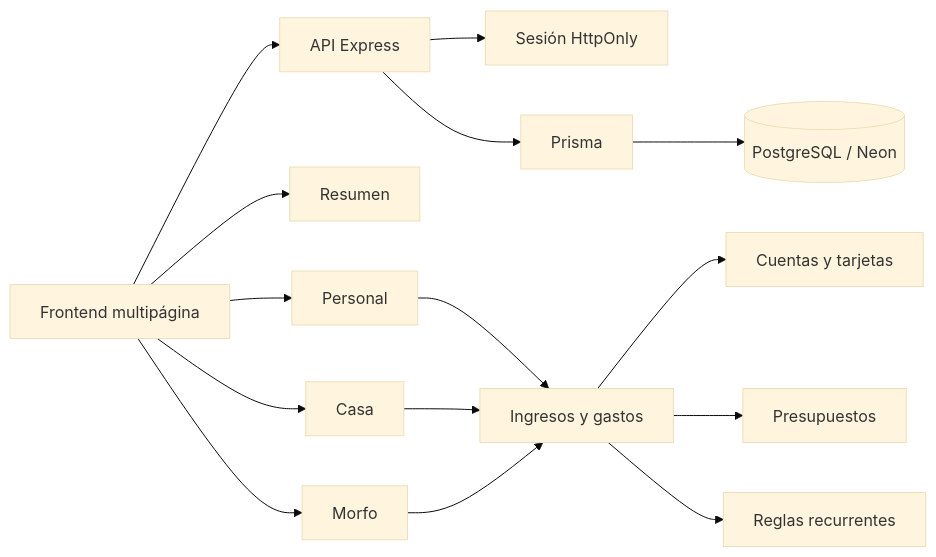
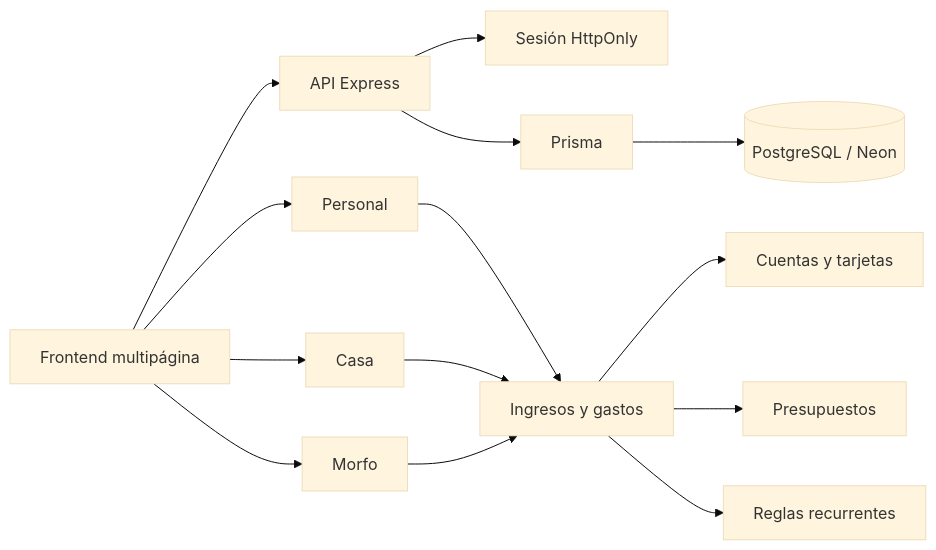
The diagram in docs/modules.md (Jose-Name-CreativeCode/morfo-hub), drawn with Mermaid (base theme) before and after one commit. The commit also changed other lines of this file and 5 other files, not shown here.

````diff
--- a/docs/modules.md
+++ b/docs/modules.md
@@ -33,19 +27,18 @@
 ```mermaid
 flowchart LR
   UI[Frontend multipágina] --> API[API Express]
   API --> AUTH[Sesión HttpOnly]
   API --> ORM[Prisma]
   ORM --> DB[(PostgreSQL / Neon)]
 
-  UI --> RES[Resumen]
   UI --> PER[Personal]
   UI --> CAS[Casa]
   UI --> MOR[Morfo]
 
   PER --> MOV[Ingresos y gastos]
   CAS --> MOV
   MOR --> MOV
   MOV --> ACC[Cuentas y tarjetas]
   MOV --> BUD[Presupuestos]
   MOV --> REC[Reglas recurrentes]
 ```
````
